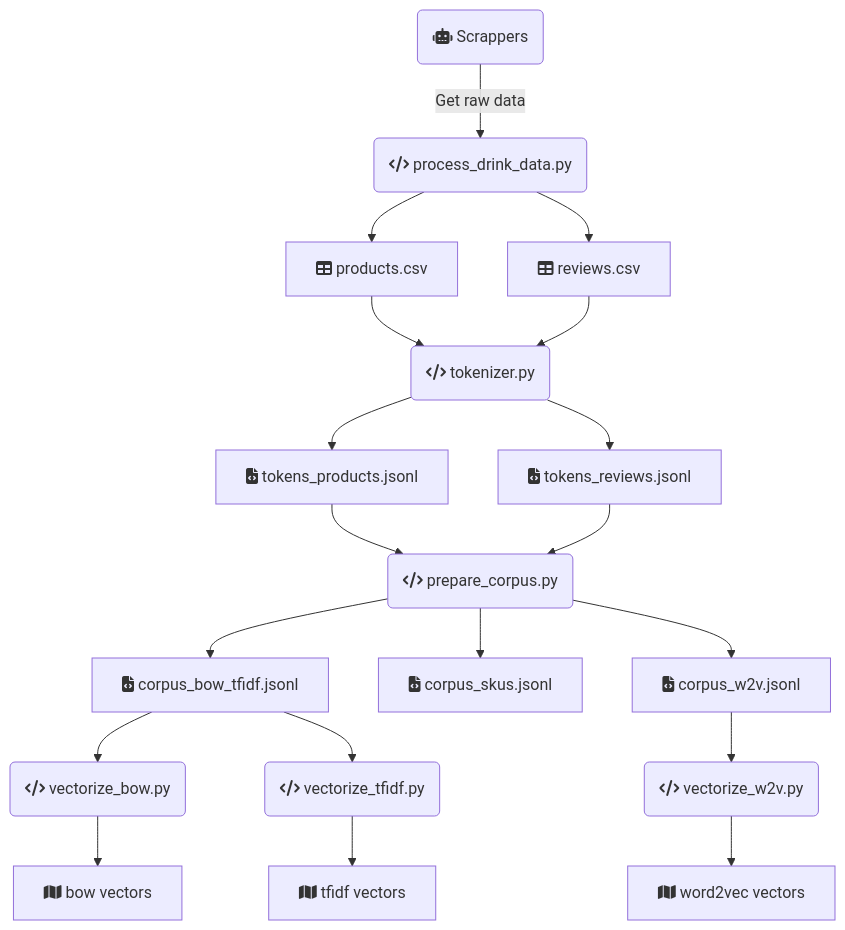
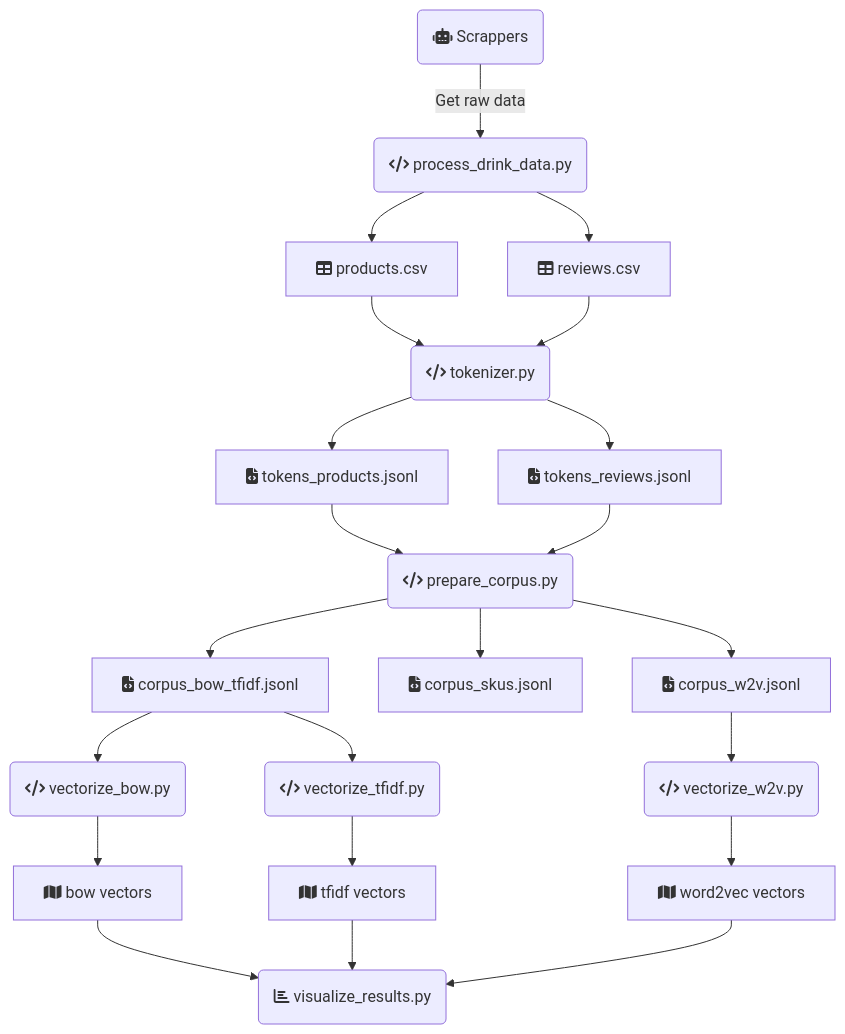
One commit to nzimermann/PLN261-ProcessamentoLinguagemNatural changed the diagram in README.md. Above: the diagram before and after it, drawn with Mermaid. The commit also changed 1 other file, not shown here.

Commit message:
Visualize results

````diff
--- a/README.md
+++ b/README.md
@@ -8,21 +8,24 @@
 ```mermaid
 flowchart TD
     A(fa:fa-robot Scrappers) -->|Get raw data| B(fa:fa-code process_drink_data.py)
     B --> C[fa:fa-table products.csv]
     B --> D[fa:fa-table reviews.csv]
     C --> E(fa:fa-code tokenizer.py)
     D --> E
     E --> F[fa:fa-file-code tokens_products.jsonl]
     E --> G[fa:fa-file-code tokens_reviews.jsonl]
     F --> H(fa:fa-code prepare_corpus.py)
     G --> H
     H --> I[fa:fa-file-code corpus_bow_tfidf.jsonl]
     H --> J[fa:fa-file-code corpus_skus.jsonl]
     H --> K[fa:fa-file-code corpus_w2v.jsonl]
     I --> L(fa:fa-code vectorize_bow.py)
     I --> M(fa:fa-code vectorize_tfidf.py)
     K --> N(fa:fa-code vectorize_w2v.py)
     L --> O[fa:fa-map bow vectors]
     M --> P[fa:fa-map tfidf vectors]
     N --> Q[fa:fa-map word2vec vectors]
+    O --> R(fa:fa-bar-chart visualize_results.py)
+    P --> R
+    Q --> R
 ```
````
